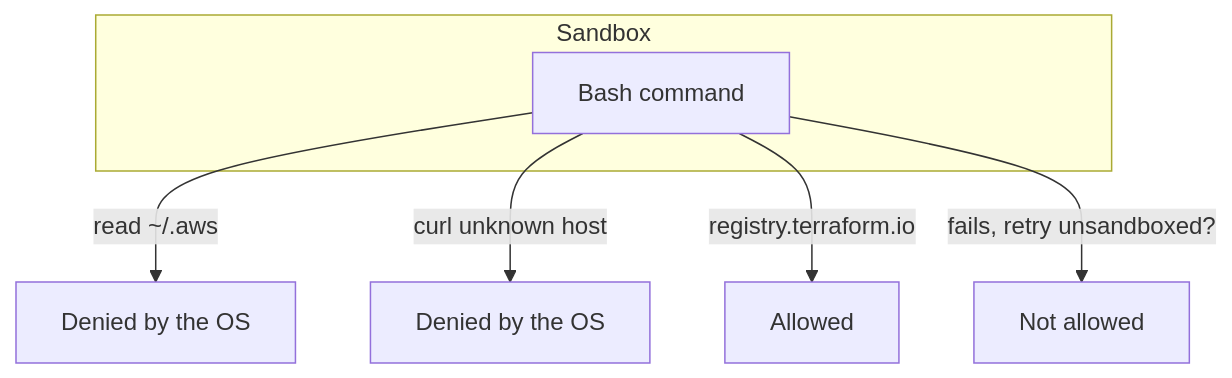
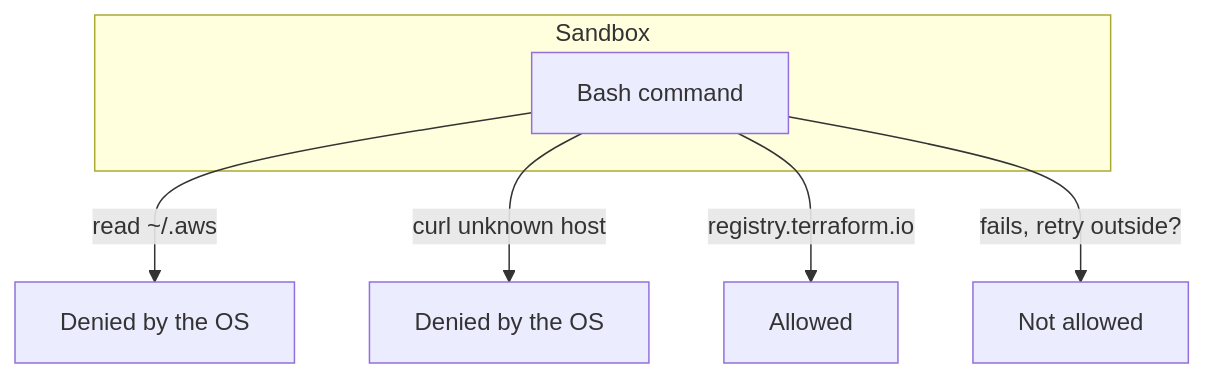
The diagram in parts/01-fence-the-agent/04-sandbox-the-shell/problem/README.md (learnwithparam/claude-code-for-devops), drawn with Mermaid before and after one commit. The commit also changed other lines of this file and 84 other files, not shown here.

````diff
--- a/parts/01-fence-the-agent/04-sandbox-the-shell/problem/README.md
+++ b/parts/01-fence-the-agent/04-sandbox-the-shell/problem/README.md
@@ -13,10 +18,10 @@
 ```mermaid
 flowchart TB
   subgraph Sandbox
     B[Bash command]
   end
   B -->|read ~/.aws| N1[Denied by the OS]
   B -->|curl unknown host| N2[Denied by the OS]
   B -->|registry.terraform.io| OK[Allowed]
-  B -->|fails, retry unsandboxed?| N3[Not allowed]
+  B -->|fails, retry outside?| N3[Not allowed]
 ```
````
